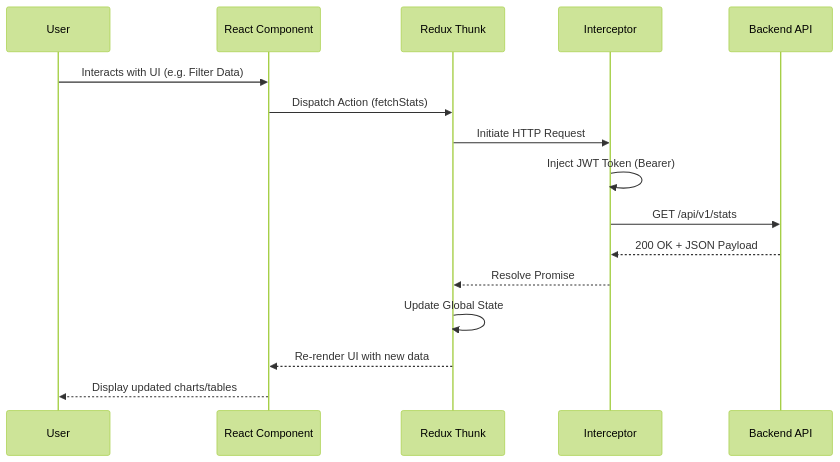
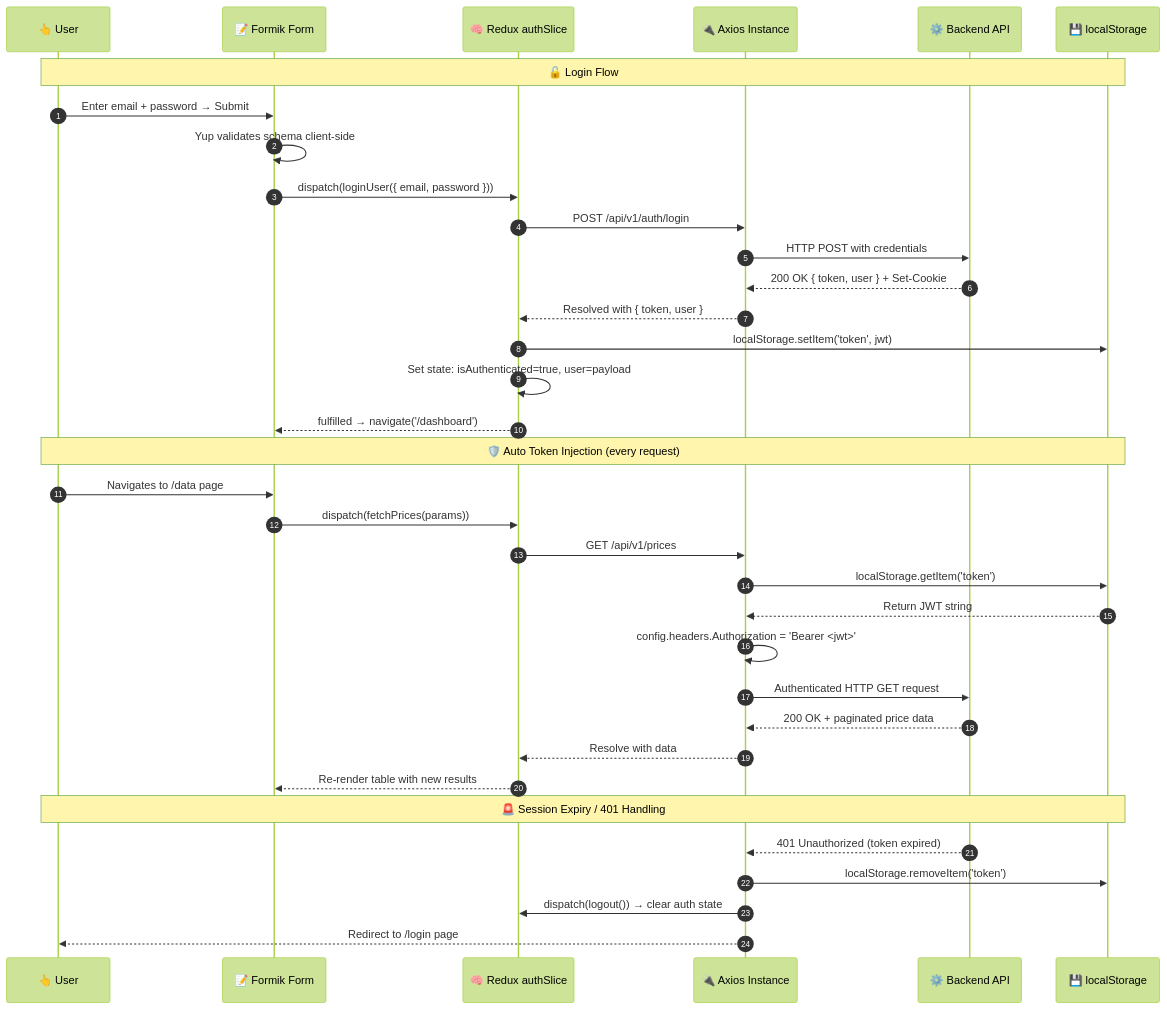
Before and after one commit to Kavathiya-Harsh/human_Capital: the fifth of 7 diagrams in frontend/README.md, drawn with Mermaid (forest theme). The commit also changed other lines of this file and 2 other files, not shown here.

Commit message:
docs: add complete system architecture, procurement workflow and professional table format to all READMEs

````diff
--- a/frontend/README.md
+++ b/frontend/README.md
@@ -67,19 +249,40 @@
 ```mermaid
 sequenceDiagram
-    participant User
-    participant Component as React Component
-    participant Redux as Redux Thunk
-    participant Axios as Interceptor
-    participant API as Backend API
+    autonumber
+    participant User as 👆 User
+    participant Form as 📝 Formik Form
+    participant Redux as 🧠 Redux authSlice
+    participant Axios as 🔌 Axios Instance
+    participant API as ⚙️ Backend API
+    participant Store as 💾 localStorage
 
-    User->>Component: Interacts with UI (e.g. Filter Data)
-    Component->>Redux: Dispatch Action (fetchStats)
-    Redux->>Axios: Initiate HTTP Request
-    Axios->>Axios: Inject JWT Token (Bearer)
-    Axios->>API: GET /api/v1/stats
-    API-->>Axios: 200 OK + JSON Payload
-    Axios-->>Redux: Resolve Promise
-    Redux->>Redux: Update Global State
-    Redux-->>Component: Re-render UI with new data
-    Component-->>User: Display updated charts/tables
+    Note over User,Store: 🔓 Login Flow
+    User->>Form: Enter email + password → Submit
+    Form->>Form: Yup validates schema client-side
+    Form->>Redux: dispatch(loginUser({ email, password }))
+    Redux->>Axios: POST /api/v1/auth/login
+    Axios->>API: HTTP POST with credentials
+    API-->>Axios: 200 OK { token, user } + Set-Cookie
+    Axios-->>Redux: Resolved with { token, user }
+    Redux->>Store: localStorage.setItem('token', jwt)
+    Redux->>Redux: Set state: isAuthenticated=true, user=payload
+    Redux-->>Form: fulfilled → navigate('/dashboard')
+
+    Note over User,Store: 🛡️ Auto Token Injection (every request)
+    User->>Form: Navigates to /data page
+    Form->>Redux: dispatch(fetchPrices(params))
+    Redux->>Axios: GET /api/v1/prices
+    Axios->>Store: localStorage.getItem('token')
+    Store-->>Axios: Return JWT string
+    Axios->>Axios: config.headers.Authorization = 'Bearer <jwt>'
+    Axios->>API: Authenticated HTTP GET request
+    API-->>Axios: 200 OK + paginated price data
+    Axios-->>Redux: Resolve with data
+    Redux-->>Form: Re-render table with new results
+
+    Note over User,Store: 🚨 Session Expiry / 401 Handling
+    API-->>Axios: 401 Unauthorized (token expired)
+    Axios->>Store: localStorage.removeItem('token')
+    Axios->>Redux: dispatch(logout()) → clear auth state
+    Axios-->>User: Redirect to /login page
 ```
````
